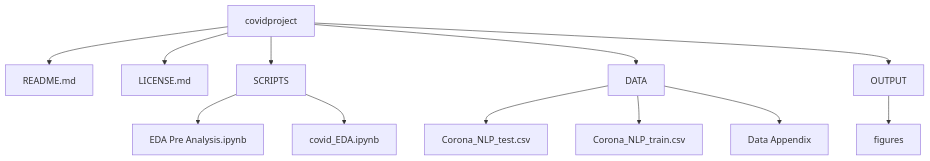
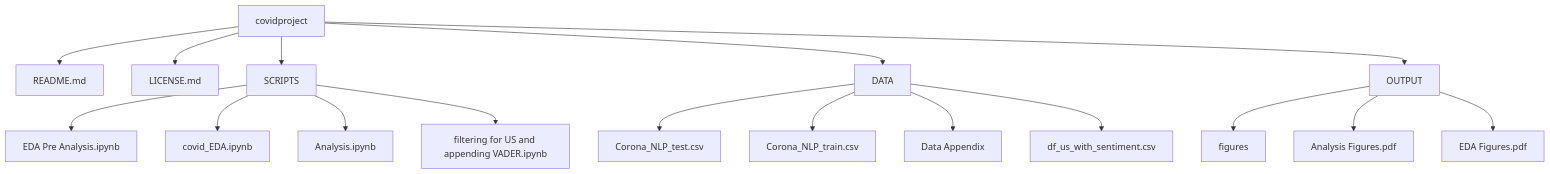
One commit to l-e13/covidproject changed the diagram in README.md. Above: the diagram before and after it, drawn with Mermaid.

````diff
--- a/README.md
+++ b/README.md
@@ -33,27 +33,37 @@
 ```mermaid
 graph TB
   A[covidproject]
   A1[README.md]
   A2[LICENSE.md]
   B[SCRIPTS]
   B1[EDA Pre Analysis.ipynb]
   B2[covid_EDA.ipynb]
+  B3[Analysis.ipynb]
+  B4[filtering for US and appending VADER.ipynb]
   C[DATA]
   C1[Corona_NLP_test.csv]
   C2[Corona_NLP_train.csv]
+  C4[df_us_with_sentiment.csv]
   C3[Data Appendix]
   D[OUTPUT]
   D1[figures]
+  D2[Analysis Figures.pdf]
+  D3[EDA Figures.pdf]
 
   A --> A1
   A --> A2
   A --> B
   B --> B1
   B --> B2
+  B --> B3
+  B --> B4
   A --> C
   C --> C1
   C --> C2
   C --> C3
+  C --> C4
   A --> D
   D --> D1
+  D --> D2
+  D --> D3
 ```
````
